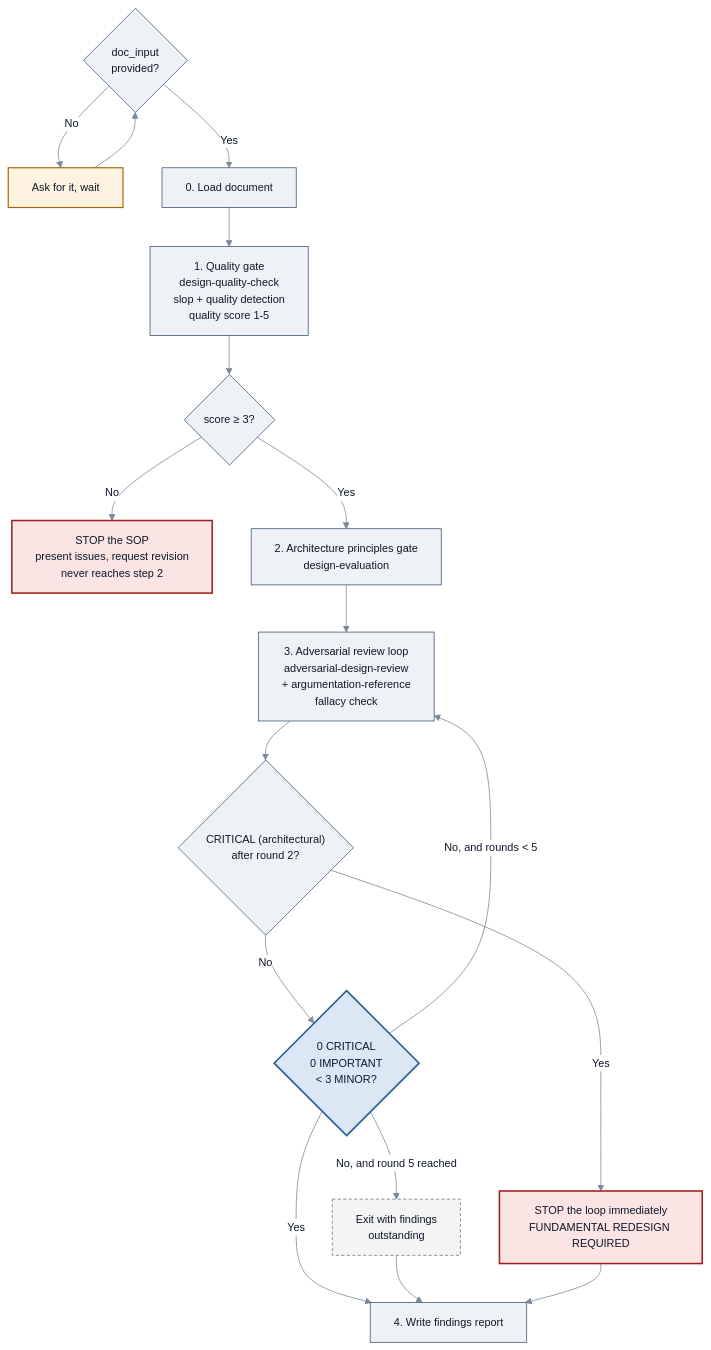
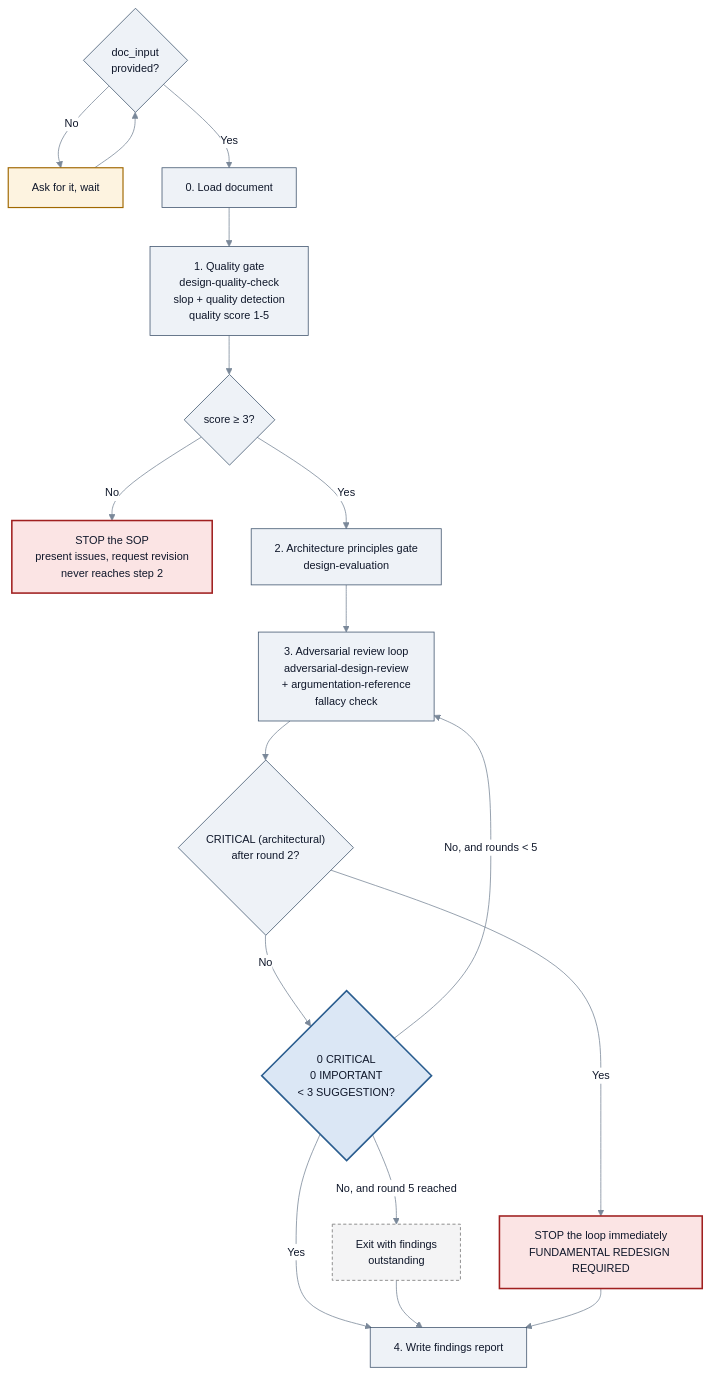
One commit to aws-solutions/konductor changed the third of 3 diagrams in docs/user-guide/sop-workflows/design.md. Above: the diagram before and after it, drawn with Mermaid. The commit also changed other lines of this file and 6 other files, not shown here.

````diff
--- a/docs/user-guide/sop-workflows/design.md
+++ b/docs/user-guide/sop-workflows/design.md
@@ -323,34 +323,34 @@
 ```mermaid
 %%{init:{'theme':'base','themeVariables':{'fontSize':'14px','primaryColor':'#eef2f7','primaryTextColor':'#0f172a','primaryBorderColor':'#40556e','lineColor':'#7a8899','textColor':'#0f172a','edgeLabelBackground':'#ffffff','clusterBkg':'#fafbfc','clusterBorder':'#c9d2dc'}}}%%
 flowchart TD
     P{"doc_input<br/>provided?"} -->|No| Ask["Ask for it, wait"]
     Ask --> P
     P -->|Yes| S0["0. Load document"]
 
     S0 --> S1["1. Quality gate<br/>design-quality-check<br/>slop + quality detection<br/>quality score 1-5"]
     S1 --> Q{"score &ge; 3?"}
     Q -->|"No"| Halt["STOP the SOP<br/>present issues, request revision<br/>never reaches step 2"]
     Q -->|Yes| S2["2. Architecture principles gate<br/>design-evaluation"]
     S2 --> S3["3. Adversarial review loop<br/>adversarial-design-review<br/>+ argumentation-reference<br/>fallacy check"]
 
     S3 --> E{"CRITICAL (architectural)<br/>after round 2?"}
     E -->|Yes| Redesign["STOP the loop immediately<br/>FUNDAMENTAL REDESIGN REQUIRED"]
-    E -->|No| G{"0 CRITICAL<br/>0 IMPORTANT<br/>&lt; 3 MINOR?"}
+    E -->|No| G{"0 CRITICAL<br/>0 IMPORTANT<br/>&lt; 3 SUGGESTION?"}
     G -->|No, and rounds < 5| S3
     G -->|"No, and round 5 reached"| Stop["Exit with findings<br/>outstanding"]
     G -->|Yes| S4["4. Write findings report"]
 
     Stop --> S4
     Redesign --> S4
 
     class Halt,Redesign stop
     classDef stop fill:#fbe4e4,stroke:#a02020,stroke-width:2px,color:#0f172a;
 
     class Ask gate
     class G focus
     class Stop muted
 
     classDef gate fill:#fdf3e0,stroke:#a06800,stroke-width:1.5px,color:#0f172a;
     classDef focus fill:#dbe7f5,stroke:#2a5d8f,stroke-width:2px,color:#0f172a;
     classDef muted fill:#f4f4f5,stroke:#8a8a8a,stroke-width:1.2px,color:#0f172a,stroke-dasharray:4 3;
 ```
````
